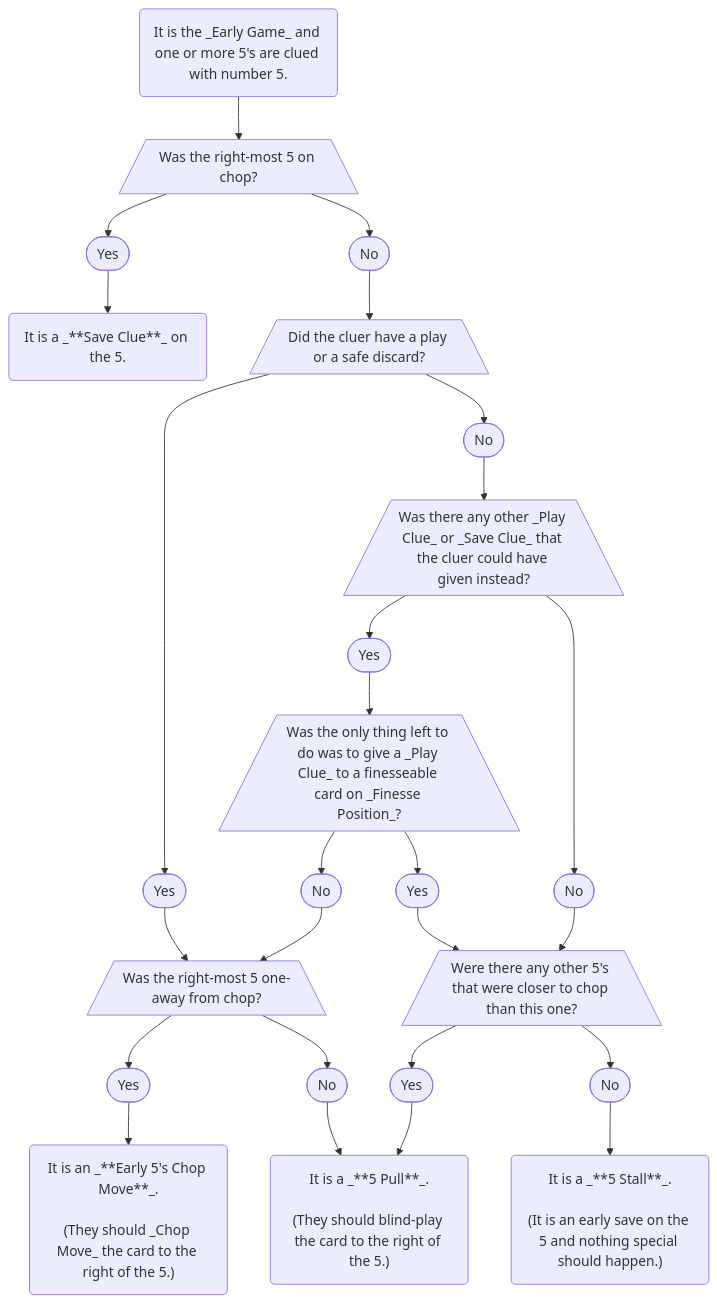
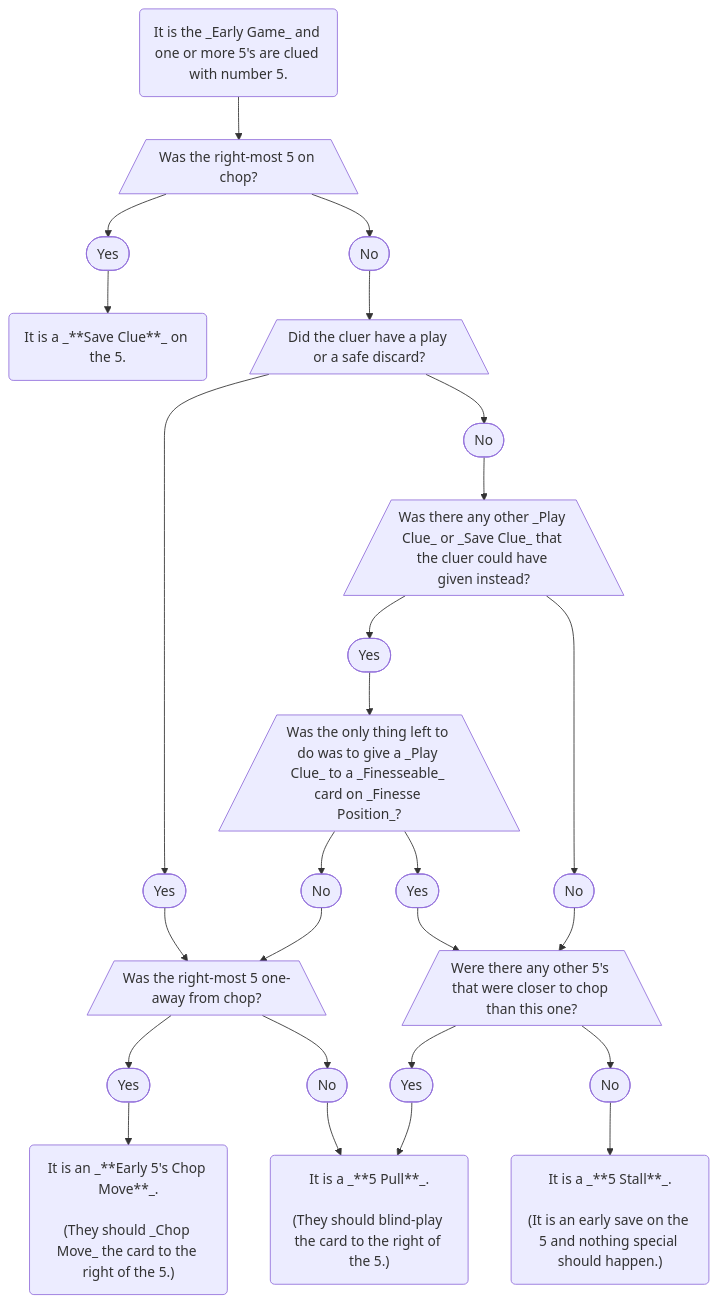
The diagram in docs/level-19.mdx (hanabi/hanabi.github.io), drawn with Mermaid before and after one commit. The commit also changed 6 other files, not shown here.

````diff
--- a/docs/level-19.mdx
+++ b/docs/level-19.mdx
@@ -209,58 +209,58 @@
 ```mermaid
 flowchart TD;
 
 S(It is the _Early Game_ and one or more 5's are clued with number 5.)
 D1[/Was the right-most 5 on chop?\]
 D1Y([Yes])
 D1N([No])
 D1YL("It is a _**Save Clue**_ on the 5.")
 D2[/Did the cluer have a play or a safe discard?\]
 D2Y([Yes])
 D2N([No])
 D3[/Was there any other _Play Clue_ or _Save Clue_ that the cluer could have given instead?\]
 D3Y([Yes])
 D3N([No])
-D4[/Was the only thing left to do was to give a _Play Clue_ to a finesseable card on _Finesse Position_?\]
+D4[/Was the only thing left to do was to give a _Play Clue_ to a _Finesseable_ card on _Finesse Position_?\]
 D4Y([Yes])
 D4N([No])
 D5[/Were there any other 5's that were closer to chop than this one?\]
 D5Y([Yes])
 D5N([No])
 D5NL("It is a _**5 Stall**_.<br/ ><br/ >(It is an early save on the 5 and nothing special should happen.)")
 D6[/Was the right-most 5 one-away from chop?\]
 D6Y([Yes])
 D6N([No])
 D6YL("It is an _**Early 5's Chop Move**_.<br/ ><br/ >(They should _Chop Move_ the card to the right of the 5.)")
 D6NL("It is a _**5 Pull**_.<br/ ><br/ >(They should blind-play the card to the right of the 5.)")
 
 class D1Y,D2Y,D3Y,D4Y,D5Y,D6Y node-yes
 class D1N,D2N,D3N,D4N,D5N,D6N node-no
 class D1,D2,D3,D4,D5,D6 node-dec
 class S,D1YL,D6NL,D5NL,D6YL node-act
 
 S --> D1;
 D1 --> D1Y;
 D1 --> D1N;
 D1Y --> D1YL;
 D1N --> D2;
 D2 --> D2Y;
 D2 --> D2N;
 D2Y --> D6;
 D2N --> D3;
 D3 --> D3Y;
 D3 --> D3N;
 D3Y --> D4;
 D3N --> D5;
 D4 --> D4N;
 D4 --> D4Y;
 D4Y --> D5;
 D4N --> D6;
 D5 --> D5Y;
 D5 --> D5N;
 D5Y --> D6NL;
 D5N --> D5NL;
 D6 --> D6Y;
 D6 --> D6N;
 D6Y --> D6YL;
 D6N --> D6NL;
 ```
````
